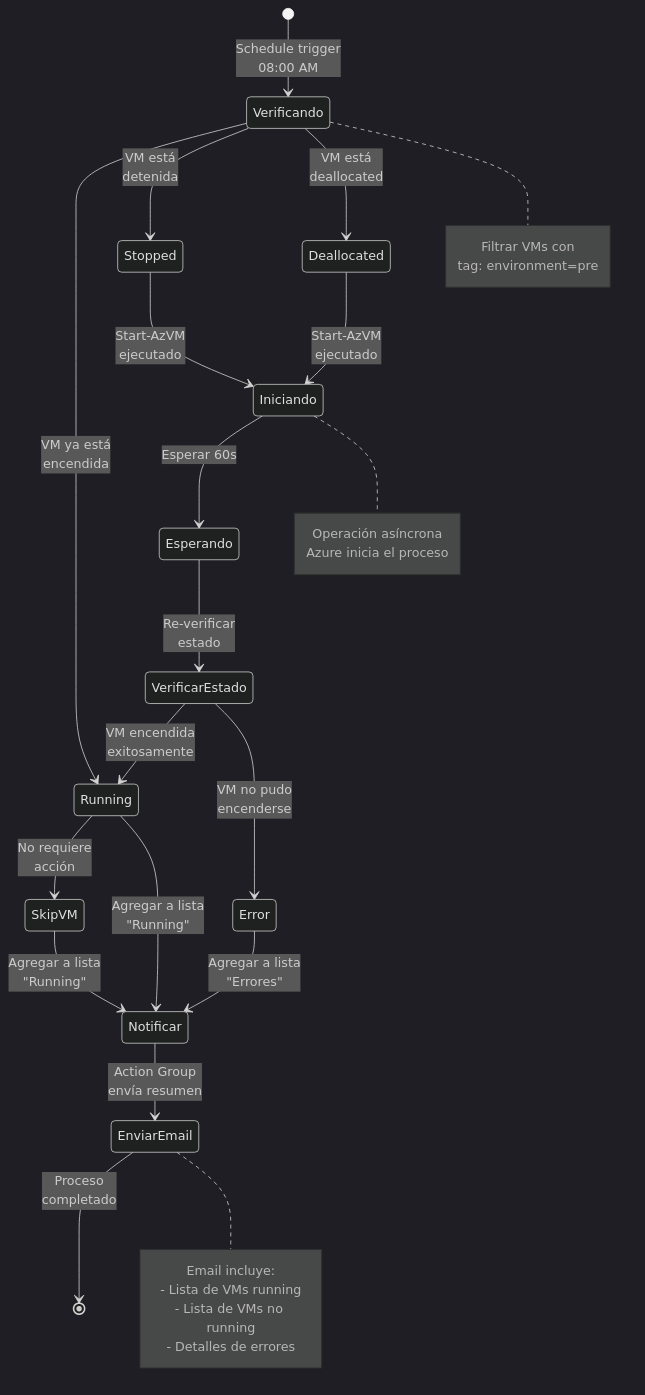
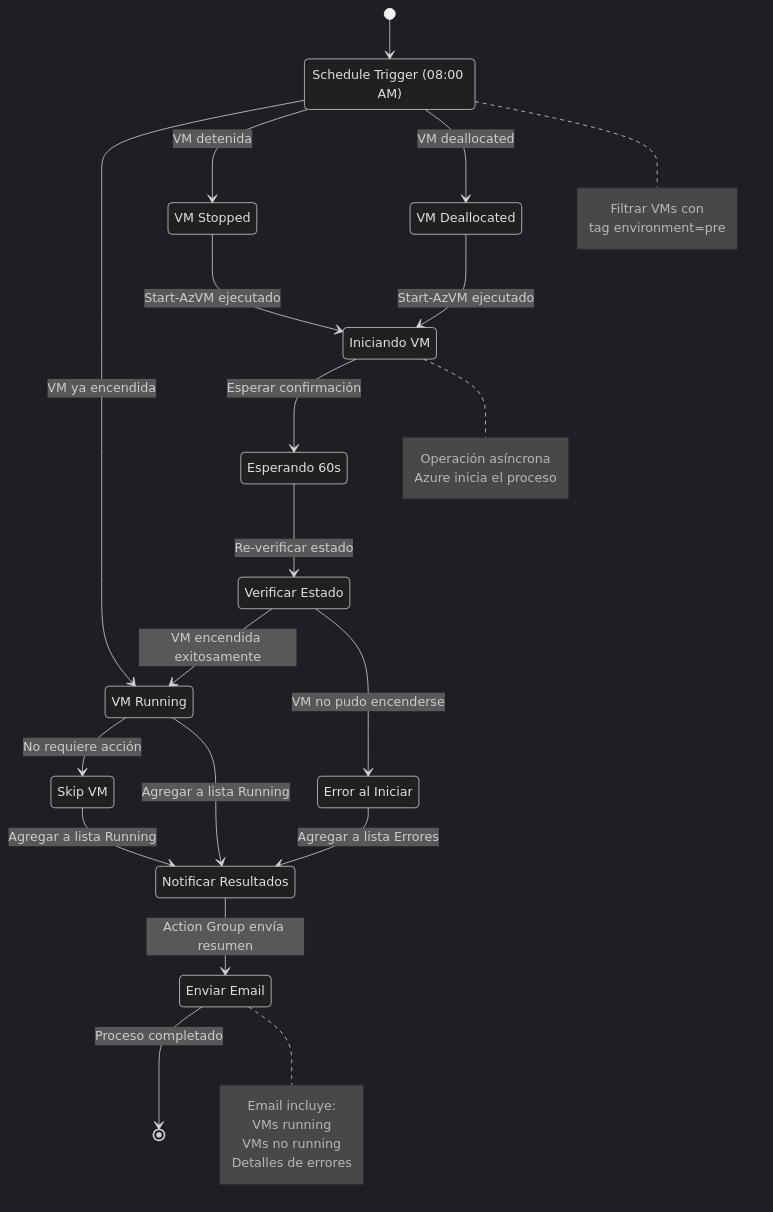
One commit to luisadanmunoz/start-stop-VM-alarm changed the third of 3 diagrams in README.md. Above: the diagram before and after it, drawn with Mermaid (dark theme).

````diff
--- a/README.md
+++ b/README.md
@@ -195,45 +195,57 @@
 ```mermaid
 stateDiagram-v2
-    [*] --> Verificando: Schedule trigger<br/>08:00 AM
+    [*] --> Verificando
     
-    Verificando --> Running: VM ya está<br/>encendida
-    Verificando --> Stopped: VM está<br/>detenida
-    Verificando --> Deallocated: VM está<br/>deallocated
+    state "Schedule Trigger (08:00 AM)" as Verificando
+    state "VM Running" as Running
+    state "VM Stopped" as Stopped  
+    state "VM Deallocated" as Deallocated
+    state "Skip VM" as SkipVM
+    state "Iniciando VM" as Iniciando
+    state "Esperando 60s" as Esperando
+    state "Verificar Estado" as VerificarEstado
+    state "Error al Iniciar" as Error
+    state "Notificar Resultados" as Notificar
+    state "Enviar Email" as EnviarEmail
     
-    Running --> SkipVM: No requiere<br/>acción
+    Verificando --> Running: VM ya encendida
+    Verificando --> Stopped: VM detenida
+    Verificando --> Deallocated: VM deallocated
     
-    Stopped --> Iniciando: Start-AzVM<br/>ejecutado
-    Deallocated --> Iniciando: Start-AzVM<br/>ejecutado
+    Running --> SkipVM: No requiere acción
     
-    Iniciando --> Esperando: Esperar 60s
+    Stopped --> Iniciando: Start-AzVM ejecutado
+    Deallocated --> Iniciando: Start-AzVM ejecutado
     
-    Esperando --> VerificarEstado: Re-verificar<br/>estado
+    Iniciando --> Esperando: Esperar confirmación
     
-    VerificarEstado --> Running: VM encendida<br/>exitosamente
-    VerificarEstado --> Error: VM no pudo<br/>encenderse
+    Esperando --> VerificarEstado: Re-verificar estado
     
-    Running --> Notificar: Agregar a lista<br/>"Running"
-    Error --> Notificar: Agregar a lista<br/>"Errores"
-    SkipVM --> Notificar: Agregar a lista<br/>"Running"
+    VerificarEstado --> Running: VM encendida exitosamente
+    VerificarEstado --> Error: VM no pudo encenderse
     
-    Notificar --> EnviarEmail: Action Group<br/>envía resumen
+    Running --> Notificar: Agregar a lista Running
+    Error --> Notificar: Agregar a lista Errores
+    SkipVM --> Notificar: Agregar a lista Running
     
-    EnviarEmail --> [*]: Proceso<br/>completado
+    Notificar --> EnviarEmail: Action Group envía resumen
+    
+    EnviarEmail --> [*]: Proceso completado
     
     note right of Verificando
         Filtrar VMs con
-        tag: environment=pre
+        tag environment=pre
     end note
     
     note right of Iniciando
         Operación asíncrona
         Azure inicia el proceso
     end note
     
     note right of EnviarEmail
         Email incluye:
-        - Lista de VMs running
-        - Lista de VMs no running
-        - Detalles de errores
+        VMs running
+        VMs no running
+        Detalles de errores
     end note
 ```
````
